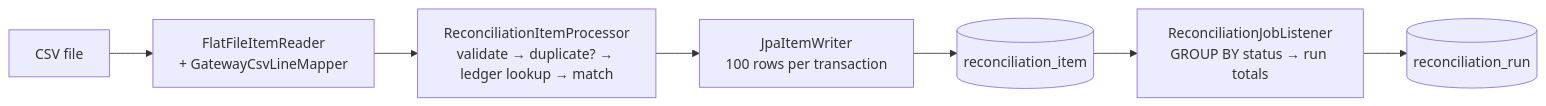
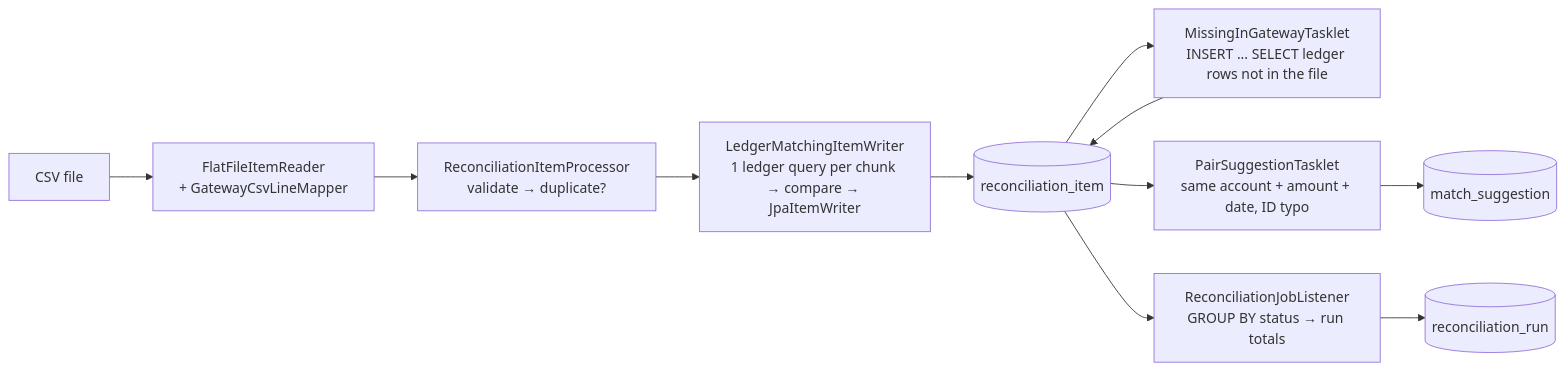
The third of 5 diagrams in docs/ARCHITECTURE.md (YashwardhanV/Balance-Trail), drawn with Mermaid before and after one commit. The commit also changed other lines of this file and 122 other files, not shown here.

````diff
--- a/docs/ARCHITECTURE.md
+++ b/docs/ARCHITECTURE.md
@@ -63,9 +65,13 @@
 ```mermaid
 flowchart LR
     CSV["CSV file"] --> Reader["FlatFileItemReader\n+ GatewayCsvLineMapper"]
-    Reader --> Processor["ReconciliationItemProcessor\nvalidate → duplicate? → ledger lookup → match"]
-    Processor --> Writer["JpaItemWriter\n100 rows per transaction"]
+    Reader --> Processor["ReconciliationItemProcessor\nvalidate → duplicate?"]
+    Processor --> Writer["LedgerMatchingItemWriter\n1 ledger query per chunk → compare → JpaItemWriter"]
     Writer --> Items[("reconciliation_item")]
+    Items --> Step2["MissingInGatewayTasklet\nINSERT ... SELECT ledger rows not in the file"]
+    Step2 --> Items
+    Items --> Step3["PairSuggestionTasklet\nsame account + amount + date, ID typo"]
+    Step3 --> Suggestions[("match_suggestion")]
     Items --> Listener["ReconciliationJobListener\nGROUP BY status → run totals"]
     Listener --> Run[("reconciliation_run")]
 ```
````
